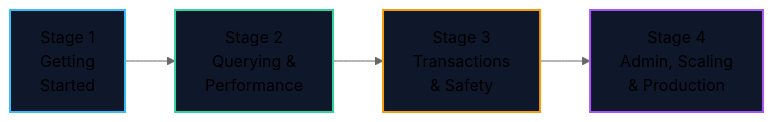
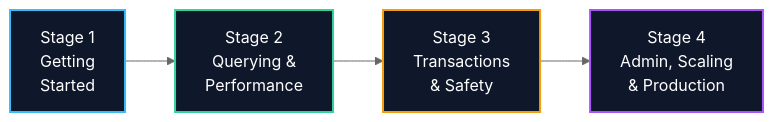
Before and after one commit to 1345AbhishekKumar/cs-cookbook: the first of 2 diagrams in content/docs/postgresql/index.mdx, drawn with Mermaid (neutral theme). The commit also changed other lines of this file and 80 other files, not shown here.

````diff
--- a/content/docs/postgresql/index.mdx
+++ b/content/docs/postgresql/index.mdx
@@ -112,11 +85,11 @@
 ```mermaid
 flowchart LR
     A["Stage 1<br/>Getting<br/>Started"] --> B["Stage 2<br/>Querying &<br/>Performance"]
     B --> C["Stage 3<br/>Transactions<br/>& Safety"]
     C --> D["Stage 4<br/>Admin, Scaling<br/>& Production"]
 
-    style A fill:#0f172a,stroke:#38bdf8,stroke-width:2px
-    style B fill:#0f172a,stroke:#34d399,stroke-width:2px
-    style C fill:#0f172a,stroke:#f59e0b,stroke-width:2px
-    style D fill:#0f172a,stroke:#a855f7,stroke-width:2px
+    style A fill:#0f172a,stroke:#38bdf8,stroke-width:2px,color:#ffffff
+    style B fill:#0f172a,stroke:#34d399,stroke-width:2px,color:#ffffff
+    style C fill:#0f172a,stroke:#f59e0b,stroke-width:2px,color:#ffffff
+    style D fill:#0f172a,stroke:#a855f7,stroke-width:2px,color:#ffffff
 ```
````
